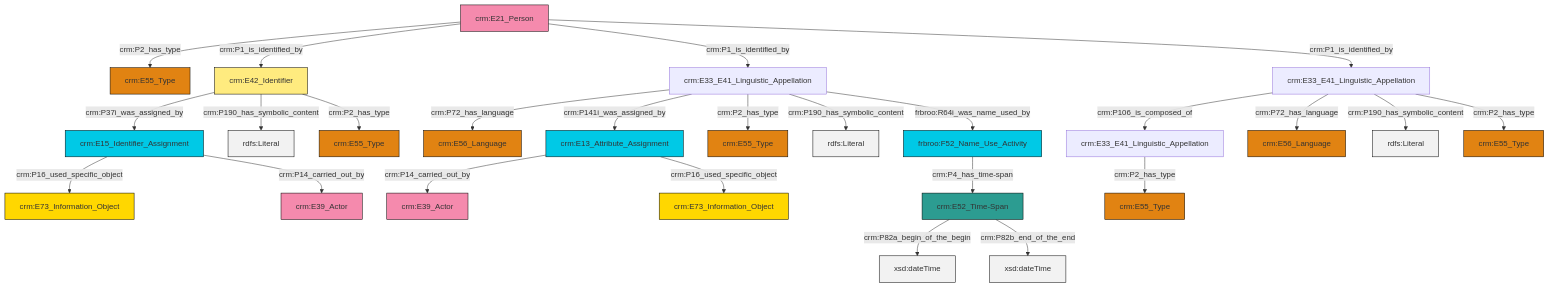
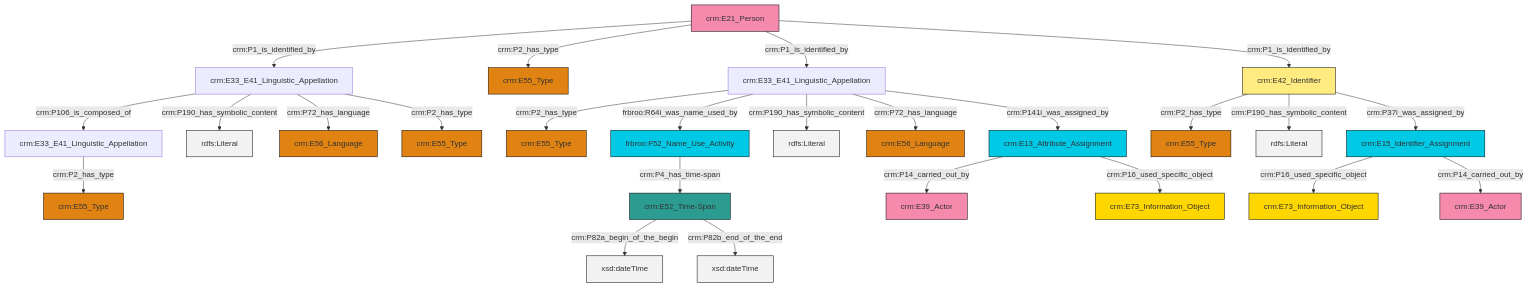
Before and after one commit to swiss-art-research-net/docs.swissartresearch: the diagram in et/personCSV/ttl/mmd/Person_Names_and_Classification.ttl.mmd, drawn with Mermaid. The commit also changed 176 other files, not shown here.

```diff
--- a/et/personCSV/ttl/mmd/Person_Names_and_Classification.ttl.mmd
+++ b/et/personCSV/ttl/mmd/Person_Names_and_Classification.ttl.mmd
@@ -1,39 +1,39 @@
 graph TD
 classDef Literal fill:#f2f2f2,stroke:#000000;
 classDef CRM_Entity fill:#FFFFFF,stroke:#000000;
 classDef Temporal_Entity fill:#00C9E6, stroke:#000000;
 classDef Type fill:#E18312, stroke:#000000;
 classDef Time-Span fill:#2C9C91, stroke:#000000;
 classDef Appellation fill:#FFEB7F, stroke:#000000;
 classDef Place fill:#008836, stroke:#000000;
 classDef Persistent_Item fill:#B266B2, stroke:#000000;
 classDef Conceptual_Object fill:#FFD700, stroke:#000000;
 classDef Physical_Thing fill:#D2B48C, stroke:#000000;
 classDef Actor fill:#f58aad, stroke:#000000;
 classDef PC_Classes fill:#4ce600, stroke:#000000;
 classDef Multi fill:#cccccc,stroke:#000000;
 
-8["crm:E21_Person"]:::Actor -->|crm:P2_has_type| 9["crm:E55_Type"]:::Type
-4["crm:E33_E41_Linguistic_Appellation"]:::Default -->|crm:P106_is_composed_of| 10["crm:E33_E41_Linguistic_Appellation"]:::Default
-14["crm:E33_E41_Linguistic_Appellation"]:::Default -->|crm:P72_has_language| 12["crm:E56_Language"]:::Type
-17["crm:E52_Time-Span"]:::Time-Span -->|crm:P82a_begin_of_the_begin| 18[xsd:dateTime]:::Literal
-8["crm:E21_Person"]:::Actor -->|crm:P1_is_identified_by| 19["crm:E42_Identifier"]:::Appellation
-2["frbroo:F52_Name_Use_Activity"]:::Temporal_Entity -->|crm:P4_has_time-span| 17["crm:E52_Time-Span"]:::Time-Span
-4["crm:E33_E41_Linguistic_Appellation"]:::Default -->|crm:P72_has_language| 20["crm:E56_Language"]:::Type
-8["crm:E21_Person"]:::Actor -->|crm:P1_is_identified_by| 14["crm:E33_E41_Linguistic_Appellation"]:::Default
-15["crm:E13_Attribute_Assignment"]:::Temporal_Entity -->|crm:P14_carried_out_by| 27["crm:E39_Actor"]:::Actor
-19["crm:E42_Identifier"]:::Appellation -->|crm:P37i_was_assigned_by| 28["crm:E15_Identifier_Assignment"]:::Temporal_Entity
-15["crm:E13_Attribute_Assignment"]:::Temporal_Entity -->|crm:P16_used_specific_object| 21["crm:E73_Information_Object"]:::Conceptual_Object
-4["crm:E33_E41_Linguistic_Appellation"]:::Default -->|crm:P190_has_symbolic_content| 36[rdfs:Literal]:::Literal
-17["crm:E52_Time-Span"]:::Time-Span -->|crm:P82b_end_of_the_end| 38[xsd:dateTime]:::Literal
-19["crm:E42_Identifier"]:::Appellation -->|crm:P190_has_symbolic_content| 39[rdfs:Literal]:::Literal
-10["crm:E33_E41_Linguistic_Appellation"]:::Default -->|crm:P2_has_type| 25["crm:E55_Type"]:::Type
-14["crm:E33_E41_Linguistic_Appellation"]:::Default -->|crm:P141i_was_assigned_by| 15["crm:E13_Attribute_Assignment"]:::Temporal_Entity
-19["crm:E42_Identifier"]:::Appellation -->|crm:P2_has_type| 29["crm:E55_Type"]:::Type
-14["crm:E33_E41_Linguistic_Appellation"]:::Default -->|crm:P2_has_type| 0["crm:E55_Type"]:::Type
-28["crm:E15_Identifier_Assignment"]:::Temporal_Entity -->|crm:P16_used_specific_object| 31["crm:E73_Information_Object"]:::Conceptual_Object
-4["crm:E33_E41_Linguistic_Appellation"]:::Default -->|crm:P2_has_type| 6["crm:E55_Type"]:::Type
-14["crm:E33_E41_Linguistic_Appellation"]:::Default -->|crm:P190_has_symbolic_content| 43[rdfs:Literal]:::Literal
-8["crm:E21_Person"]:::Actor -->|crm:P1_is_identified_by| 4["crm:E33_E41_Linguistic_Appellation"]:::Default
-14["crm:E33_E41_Linguistic_Appellation"]:::Default -->|frbroo:R64i_was_name_used_by| 2["frbroo:F52_Name_Use_Activity"]:::Temporal_Entity
-28["crm:E15_Identifier_Assignment"]:::Temporal_Entity -->|crm:P14_carried_out_by| 44["crm:E39_Actor"]:::Actor
+4["crm:E21_Person"]:::Actor -->|crm:P1_is_identified_by| 5["crm:E33_E41_Linguistic_Appellation"]:::Default
+8["crm:E33_E41_Linguistic_Appellation"]:::Default -->|crm:P2_has_type| 9["crm:E55_Type"]:::Type
+4["crm:E21_Person"]:::Actor -->|crm:P2_has_type| 0["crm:E55_Type"]:::Type
+12["crm:E33_E41_Linguistic_Appellation"]:::Default -->|crm:P2_has_type| 13["crm:E55_Type"]:::Type
+4["crm:E21_Person"]:::Actor -->|crm:P1_is_identified_by| 8["crm:E33_E41_Linguistic_Appellation"]:::Default
+16["crm:E15_Identifier_Assignment"]:::Temporal_Entity -->|crm:P16_used_specific_object| 10["crm:E73_Information_Object"]:::Conceptual_Object
+8["crm:E33_E41_Linguistic_Appellation"]:::Default -->|frbroo:R64i_was_name_used_by| 14["frbroo:F52_Name_Use_Activity"]:::Temporal_Entity
+17["crm:E13_Attribute_Assignment"]:::Temporal_Entity -->|crm:P14_carried_out_by| 18["crm:E39_Actor"]:::Actor
+14["frbroo:F52_Name_Use_Activity"]:::Temporal_Entity -->|crm:P4_has_time-span| 23["crm:E52_Time-Span"]:::Time-Span
+16["crm:E15_Identifier_Assignment"]:::Temporal_Entity -->|crm:P14_carried_out_by| 21["crm:E39_Actor"]:::Actor
+23["crm:E52_Time-Span"]:::Time-Span -->|crm:P82a_begin_of_the_begin| 27[xsd:dateTime]:::Literal
+6["crm:E42_Identifier"]:::Appellation -->|crm:P2_has_type| 2["crm:E55_Type"]:::Type
+8["crm:E33_E41_Linguistic_Appellation"]:::Default -->|crm:P190_has_symbolic_content| 30[rdfs:Literal]:::Literal
+4["crm:E21_Person"]:::Actor -->|crm:P1_is_identified_by| 6["crm:E42_Identifier"]:::Appellation
+5["crm:E33_E41_Linguistic_Appellation"]:::Default -->|crm:P106_is_composed_of| 12["crm:E33_E41_Linguistic_Appellation"]:::Default
+8["crm:E33_E41_Linguistic_Appellation"]:::Default -->|crm:P72_has_language| 19["crm:E56_Language"]:::Type
+5["crm:E33_E41_Linguistic_Appellation"]:::Default -->|crm:P190_has_symbolic_content| 36[rdfs:Literal]:::Literal
+17["crm:E13_Attribute_Assignment"]:::Temporal_Entity -->|crm:P16_used_specific_object| 25["crm:E73_Information_Object"]:::Conceptual_Object
+6["crm:E42_Identifier"]:::Appellation -->|crm:P190_has_symbolic_content| 40[rdfs:Literal]:::Literal
+6["crm:E42_Identifier"]:::Appellation -->|crm:P37i_was_assigned_by| 16["crm:E15_Identifier_Assignment"]:::Temporal_Entity
+23["crm:E52_Time-Span"]:::Time-Span -->|crm:P82b_end_of_the_end| 44[xsd:dateTime]:::Literal
+5["crm:E33_E41_Linguistic_Appellation"]:::Default -->|crm:P72_has_language| 45["crm:E56_Language"]:::Type
+5["crm:E33_E41_Linguistic_Appellation"]:::Default -->|crm:P2_has_type| 34["crm:E55_Type"]:::Type
+8["crm:E33_E41_Linguistic_Appellation"]:::Default -->|crm:P141i_was_assigned_by| 17["crm:E13_Attribute_Assignment"]:::Temporal_Entity
```
